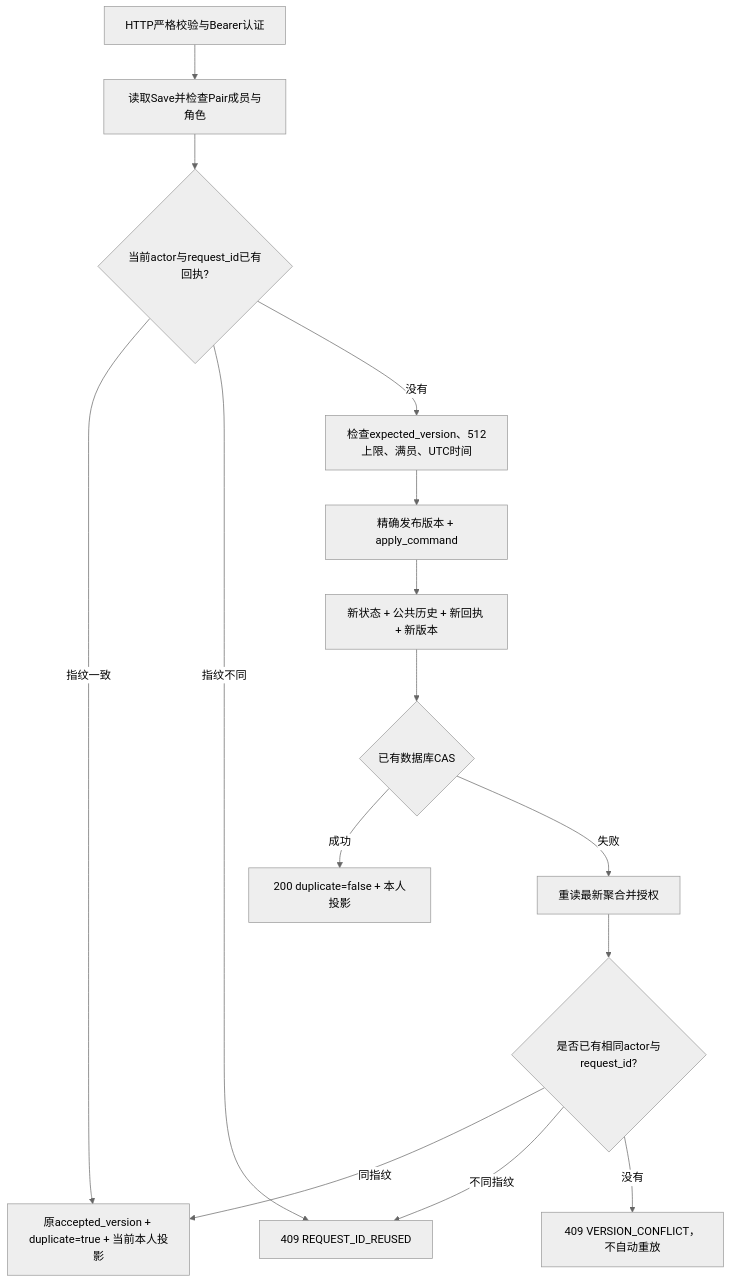
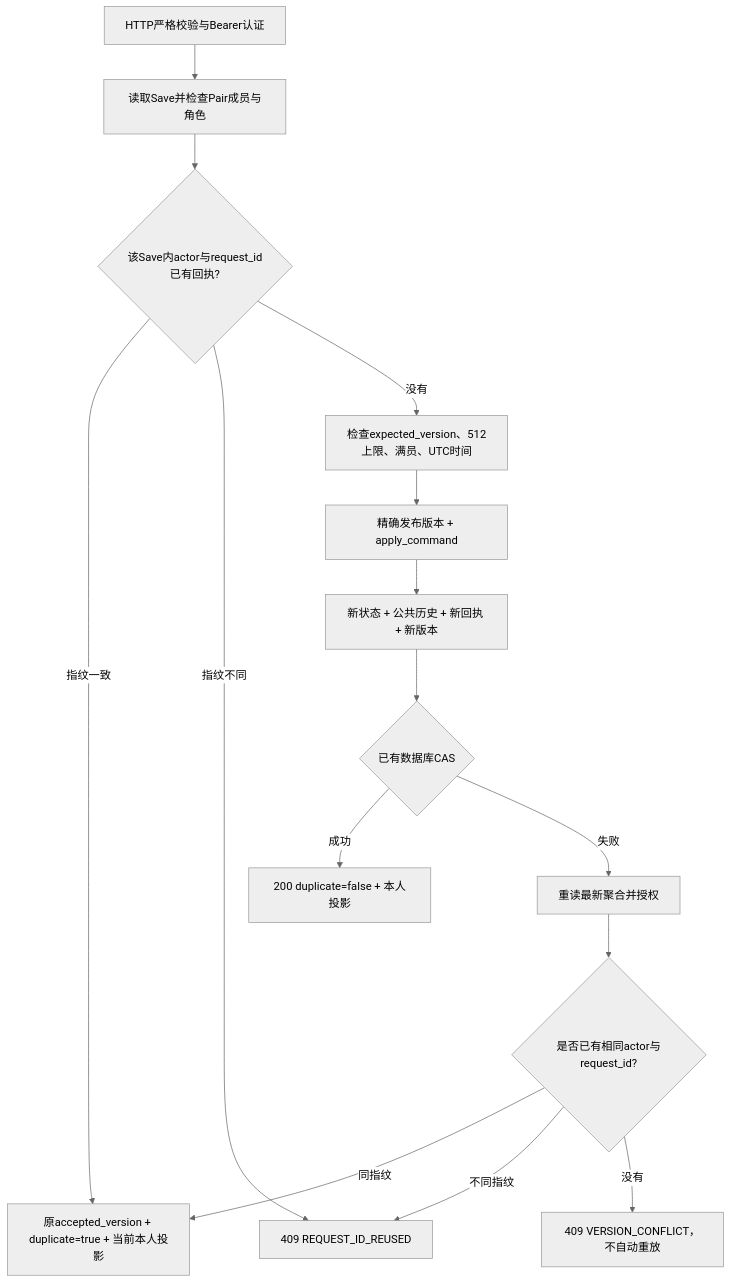
Before and after one commit to ajsjsjjbshshsj/two-worlds-agent-game: the diagram in docs/reports/commands-receipts.md, drawn with Mermaid (neutral theme). The commit also changed other lines of this file and 9 other files, not shown here.

````diff
--- a/docs/reports/commands-receipts.md
+++ b/docs/reports/commands-receipts.md
@@ -28,17 +38,17 @@
 ```mermaid
 flowchart TD
     HTTP[HTTP严格校验与Bearer认证] --> MEMBER[读取Save并检查Pair成员与角色]
-    MEMBER --> RECEIPT{当前actor与request_id已有回执?}
+    MEMBER --> RECEIPT{该Save内actor与request_id已有回执?}
     RECEIPT -->|指纹一致| DUP[原accepted_version + duplicate=true + 当前本人投影]
     RECEIPT -->|指纹不同| REUSED[409 REQUEST_ID_REUSED]
     RECEIPT -->|没有| VERSION[检查expected_version、512上限、满员、UTC时间]
     VERSION --> RULE[精确发布版本 + apply_command]
     RULE --> AGG[新状态 + 公共历史 + 新回执 + 新版本]
     AGG --> CAS{已有数据库CAS}
     CAS -->|成功| OK[200 duplicate=false + 本人投影]
     CAS -->|失败| READ[重读最新聚合并授权]
     READ --> RECEIPT2{是否已有相同actor与request_id?}
     RECEIPT2 -->|同指纹| DUP
     RECEIPT2 -->|不同指纹| REUSED
     RECEIPT2 -->|没有| CONFLICT[409 VERSION_CONFLICT，不自动重放]
 ```
````
